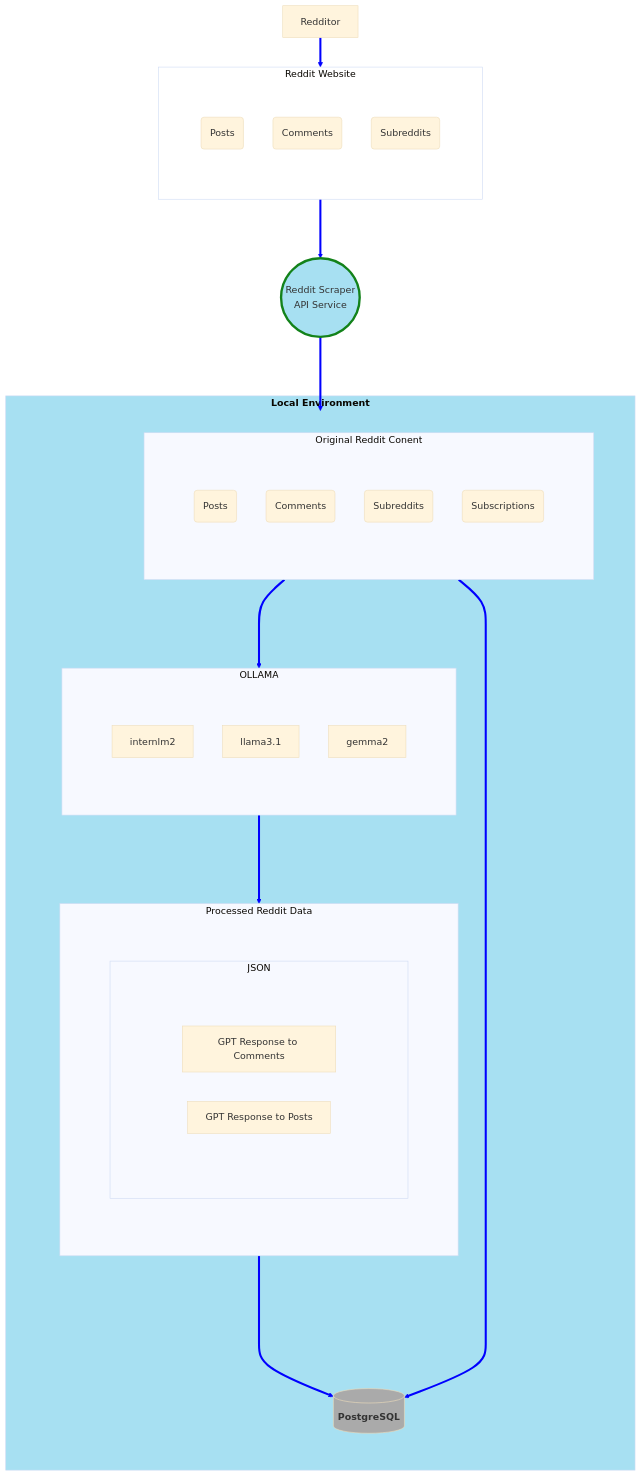
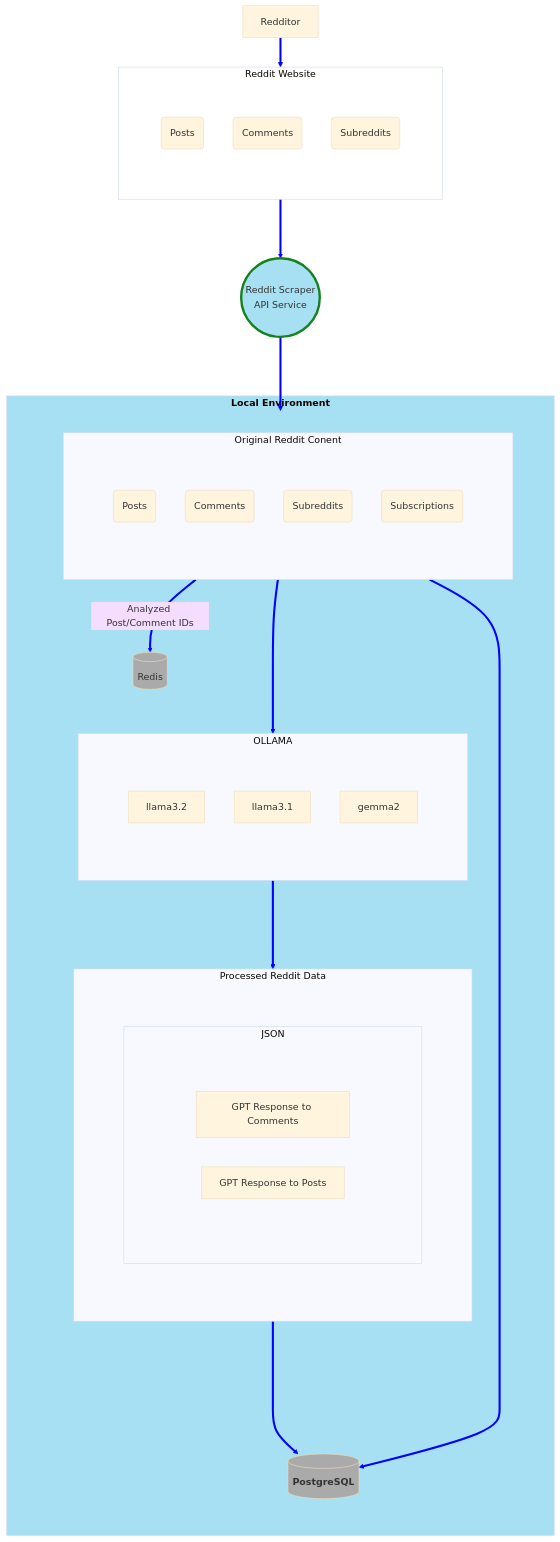
One commit to ovaisq/LLM-RedditScraper changed the first of 4 diagrams in README.md. Above: the diagram before and after it, drawn with Mermaid. The commit also changed other lines of this file and 8 other files, not shown here.

Commit message:
added Redis cache for storing in looking up post and comment ids that have been analyzed already, update build, documentation and version

````diff
--- a/README.md
+++ b/README.md
@@ -6,64 +6,67 @@
 ```mermaid
 %%{init: {'theme': 'base', "loglevel":1,'themeVariables': {'lineColor': 'Blue', "fontFamily": "Trebuchet MS"}}}%%
 flowchart TD
     style Reddit fill:#fff
     style RR fill:#a7e0f2,stroke:#13821a,stroke-width:4px
     style LocalEnv fill:#a7e0f2
     style PSQL fill:#aaa
+    style REDIS fill:#aaa
 
     classDef subgraph_padding fill:none,stroke:none
     Rr[Redditor]
     RR(("Reddit Scraper
     API Service"))
 
 
     Rr ==> Reddit ===> RR ===> ORD
     ORD ===> OLLAMA ===> PRD ====> PSQL
     ORD ==> PSQL
+    ORD =="Analyzed Post/Comment IDs"==> REDIS
 
     subgraph Reddit["Reddit Website"]
         subgraph blank2[ ]
             RP(Posts)
             RC(Comments)
             RA(Subreddits)
         end
     end
 
     subgraph LocalEnv["`**Local Environment**`"]
         subgraph blank[ ]
             direction TB
+            REDIS[(Redis)]
             PSQL[("`**PostgreSQL**`")]
             subgraph ORD["Original Reddit Conent"]
                 subgraph blank3[ ]
                     ORP(Posts)
                     ORC(Comments)
                     ORA(Subreddits)
                     ORB(Subscriptions)
                 end
             end
             subgraph OLLAMA
                 subgraph blank4[ ]
-                    LLM1[internlm2]
+                    LLM1[llama3.2]
                     LLM2[llama3.1]
                     LLM3[gemma2]
                 end
             end
             subgraph PRD["Processed Reddit Data"]
                 subgraph blank5[ ]
                     subgraph JSON
                         subgraph blank6[ ]
                             JAC["GPT Response to Comments"]
                             JAP["GPT Response to Posts"]
                         end
                     end
                 end
             end
         end
     end
     class blank subgraph_padding
     class blank2 subgraph_padding
     class blank3 subgraph_padding
     class blank4 subgraph_padding
     class blank5 subgraph_padding
     class blank6 subgraph_padding
 ```
````
